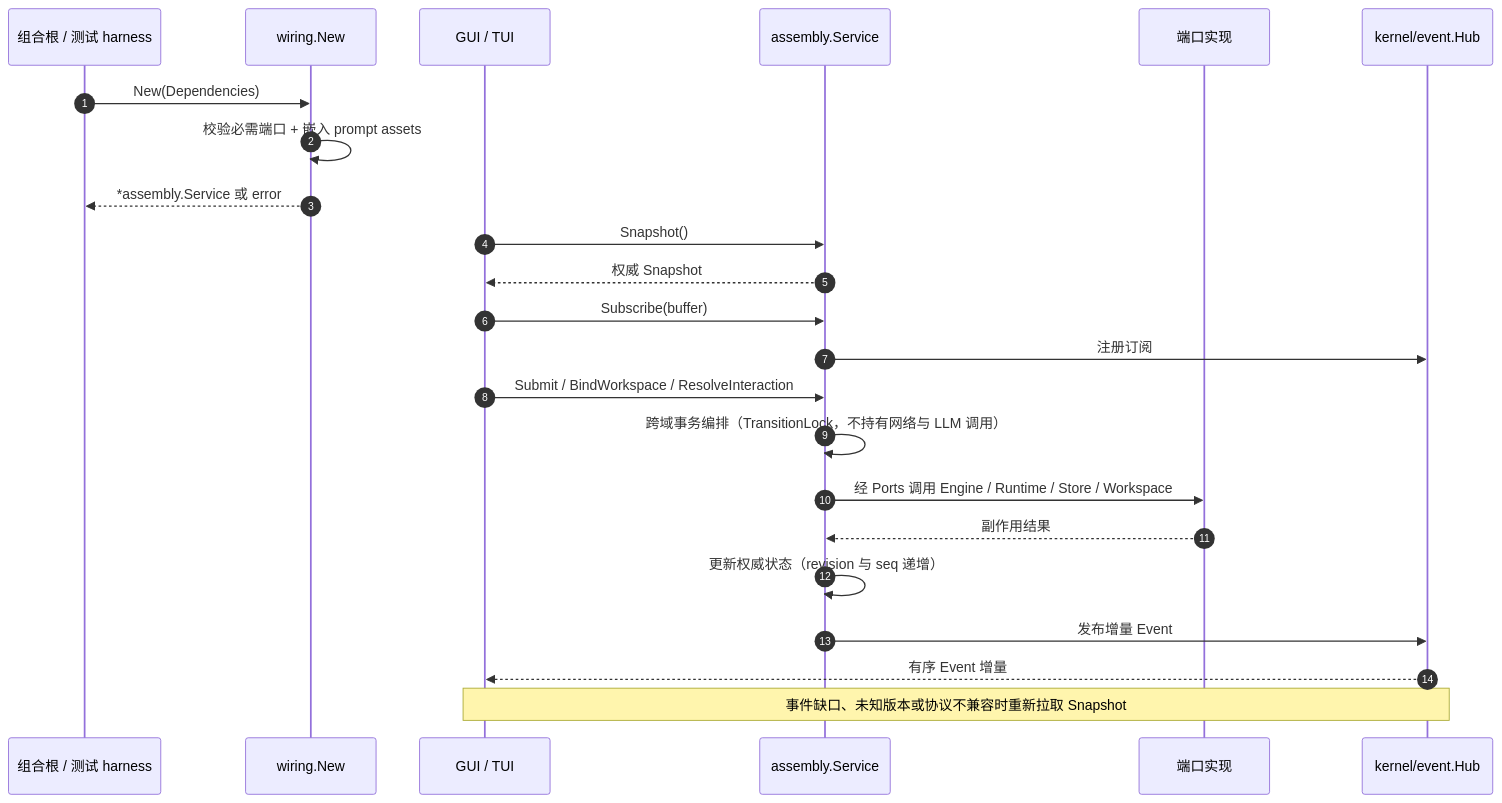
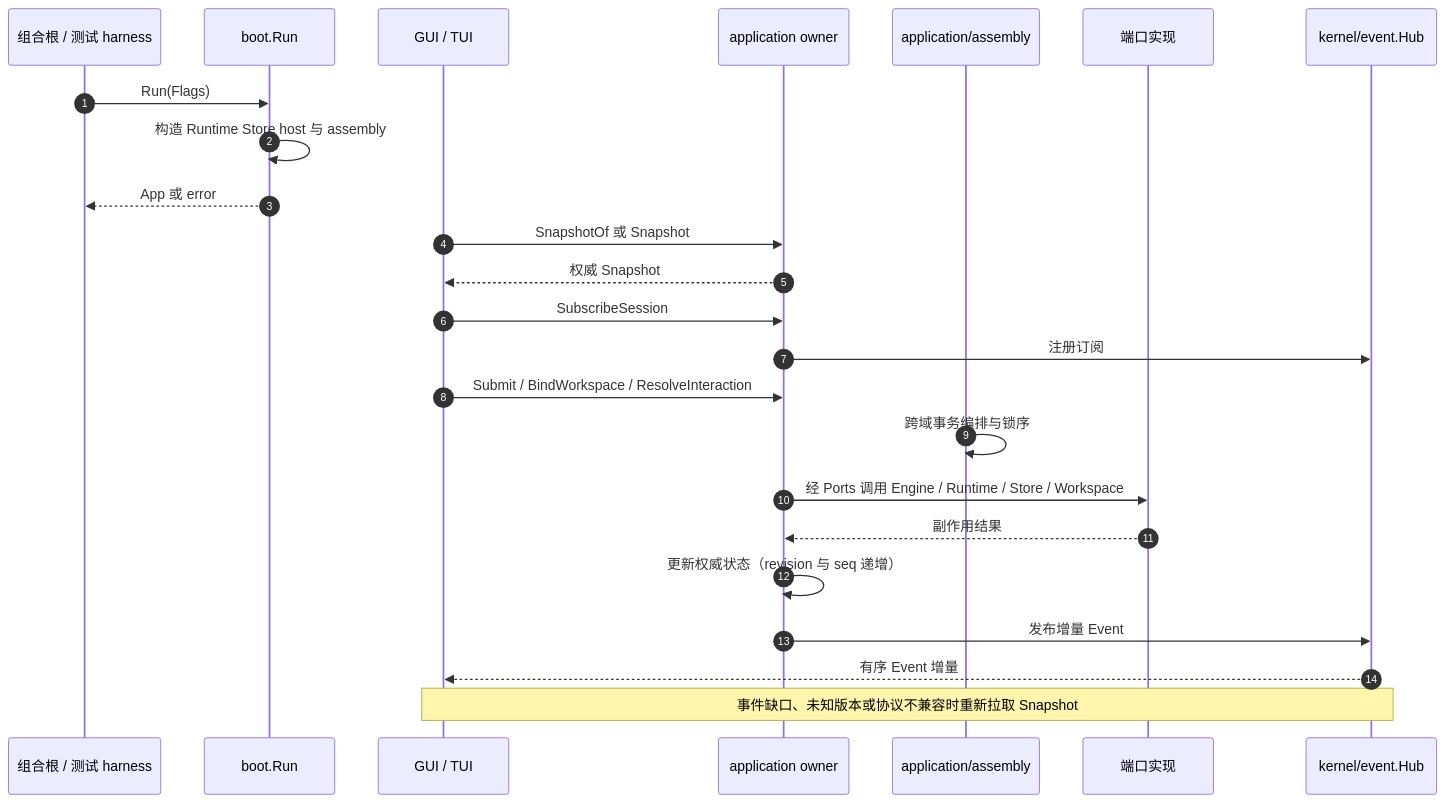
One commit to RedHuang-0622/seelex changed the third of 5 diagrams in application/README.md. Above: the diagram before and after it, drawn with Mermaid. The commit also changed other lines of this file and 183 other files, not shown here.

````diff
--- a/application/README.md
+++ b/application/README.md
@@ -847,28 +858,29 @@
 ```mermaid
 sequenceDiagram
     autonumber
     participant H as 组合根 / 测试 harness
-    participant A as wiring.New
+    participant A as boot.Run
     participant F as GUI / TUI
-    participant S as assembly.Service
+    participant S as application owner
+    participant ASM as application/assembly
     participant P as 端口实现
     participant E as kernel/event.Hub
 
-    H->>A: New(Dependencies)
-    A->>A: 校验必需端口 + 嵌入 prompt assets
-    A-->>H: *assembly.Service 或 error
+    H->>A: Run(Flags)
+    A->>A: 构造 Runtime Store host 与 assembly
+    A-->>H: App 或 error
 
-    F->>S: Snapshot()
+    F->>S: SnapshotOf 或 Snapshot
     S-->>F: 权威 Snapshot
-    F->>S: Subscribe(buffer)
+    F->>S: SubscribeSession
     S->>E: 注册订阅
 
     F->>S: Submit / BindWorkspace / ResolveInteraction
-    S->>S: 跨域事务编排（TransitionLock，不持有网络与 LLM 调用）
+    ASM->>ASM: 跨域事务编排与锁序
     S->>P: 经 Ports 调用 Engine / Runtime / Store / Workspace
     P-->>S: 副作用结果
     S->>S: 更新权威状态（revision 与 seq 递增）
     S->>E: 发布增量 Event
     E-->>F: 有序 Event 增量
     Note over F,E: 事件缺口、未知版本或协议不兼容时重新拉取 Snapshot
 ```
````
